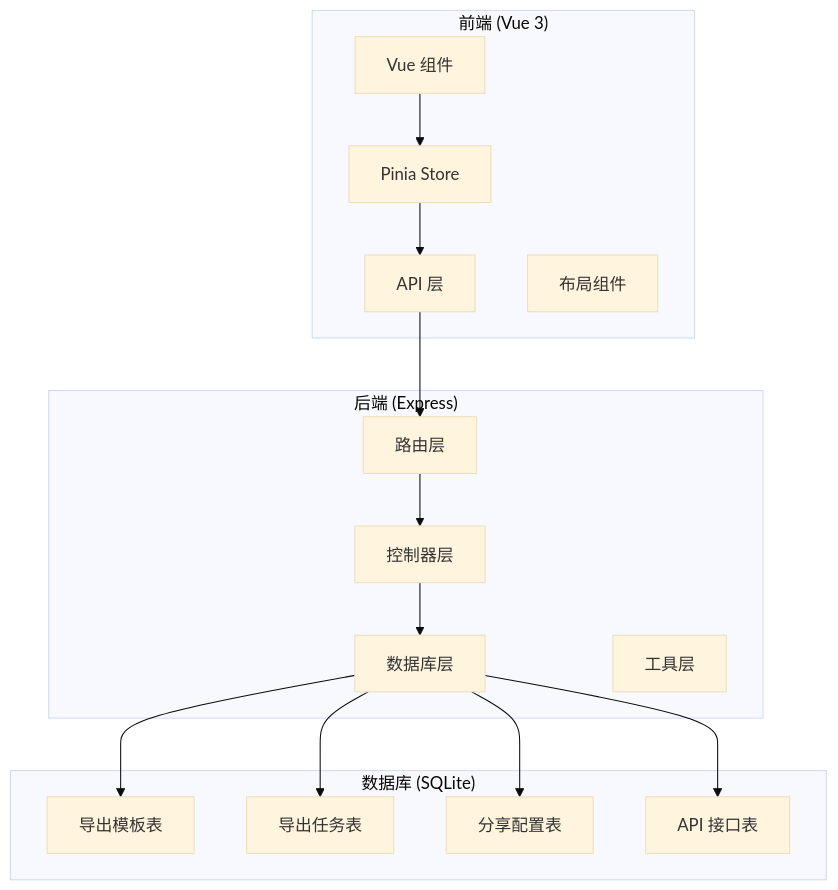
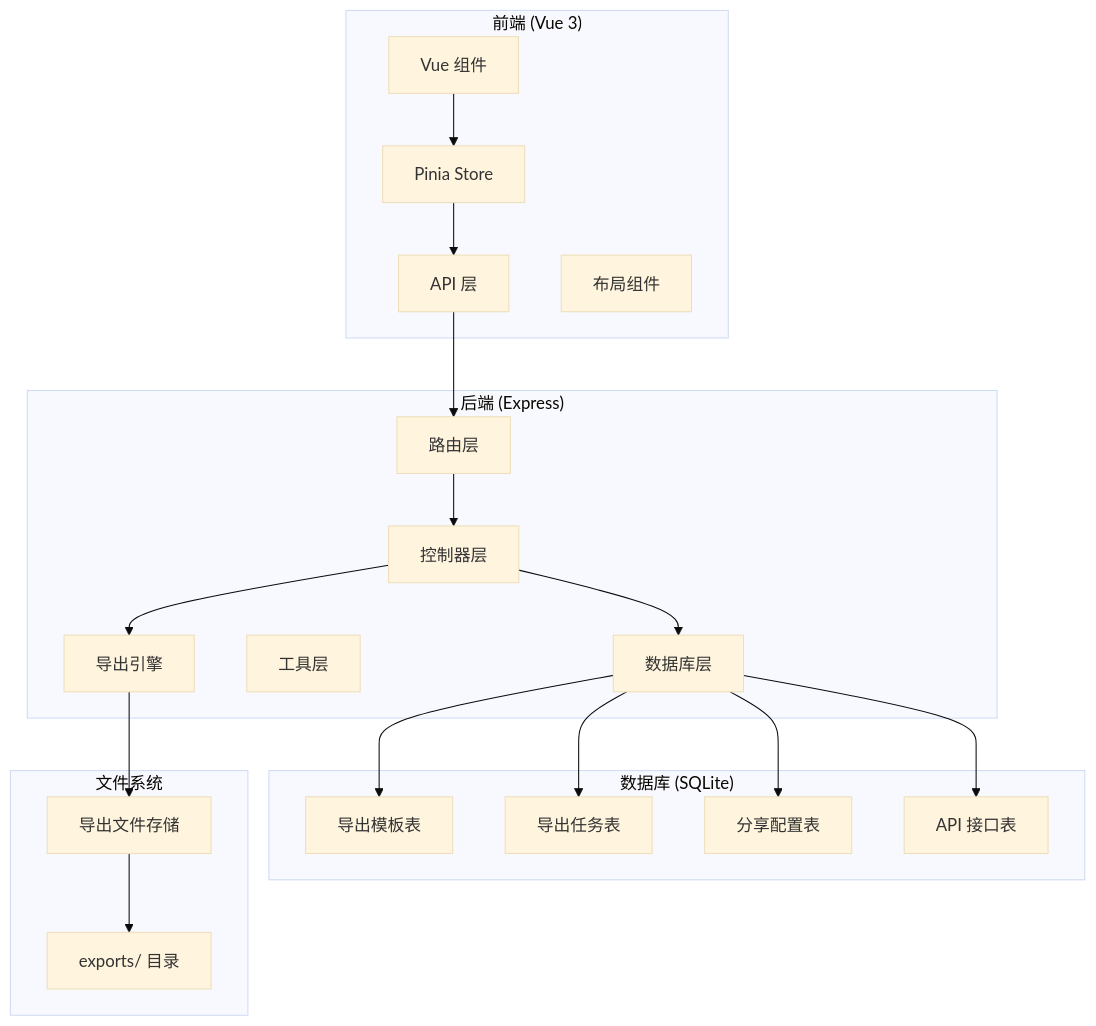
One commit to xpretycn/TingStudio changed the first of 15 diagrams in .qoder/repowiki/zh/content/核心功能模块/导出管理系统.md. Above: the diagram before and after it, drawn with Mermaid (base theme). The commit also changed other lines of this file and 56 other files, not shown here.

````diff
--- a/.qoder/repowiki/zh/content/核心功能模块/导出管理系统.md
+++ b/.qoder/repowiki/zh/content/核心功能模块/导出管理系统.md
@@ -48,30 +63,38 @@
 ```mermaid
 graph TB
 subgraph "前端 (Vue 3)"
 FE_API[API 层]
 FE_STORE[Pinia Store]
 FE_VIEW[Vue 组件]
 FE_LAYOUT[布局组件]
 end
 subgraph "后端 (Express)"
 BE_ROUTER[路由层]
 BE_CTRL[控制器层]
 BE_DB[数据库层]
 BE_UTIL[工具层]
+BE_ENGINES[导出引擎]
 end
 subgraph "数据库 (SQLite)"
 DB_TABLES[导出模板表]
 DB_JOBS[导出任务表]
 DB_SHARE[分享配置表]
 DB_API[API 接口表]
 end
+subgraph "文件系统"
+FS_STORAGE[导出文件存储]
+FS_EXPORTS[exports/ 目录]
+end
 FE_VIEW --> FE_STORE
 FE_STORE --> FE_API
 FE_API --> BE_ROUTER
 BE_ROUTER --> BE_CTRL
 BE_CTRL --> BE_DB
+BE_CTRL --> BE_ENGINES
+BE_ENGINES --> FS_STORAGE
+FS_STORAGE --> FS_EXPORTS
 BE_DB --> DB_TABLES
 BE_DB --> DB_JOBS
 BE_DB --> DB_SHARE
 BE_DB --> DB_API
 ```
````
